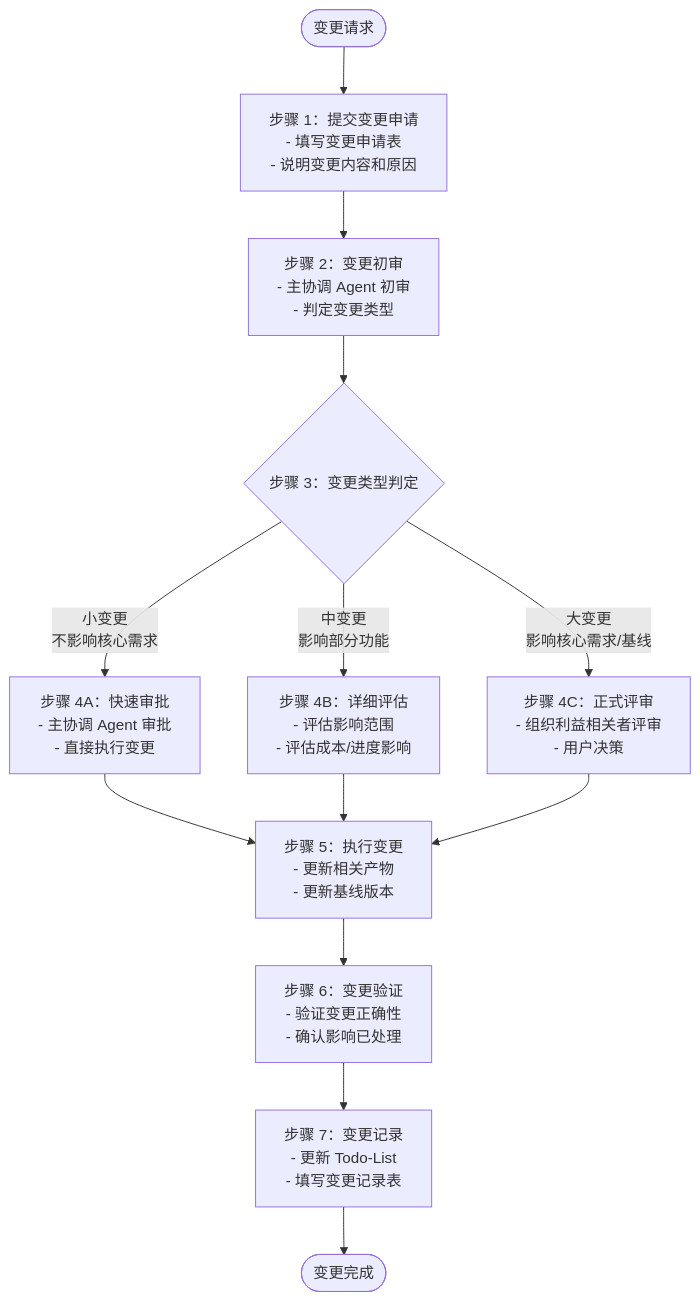
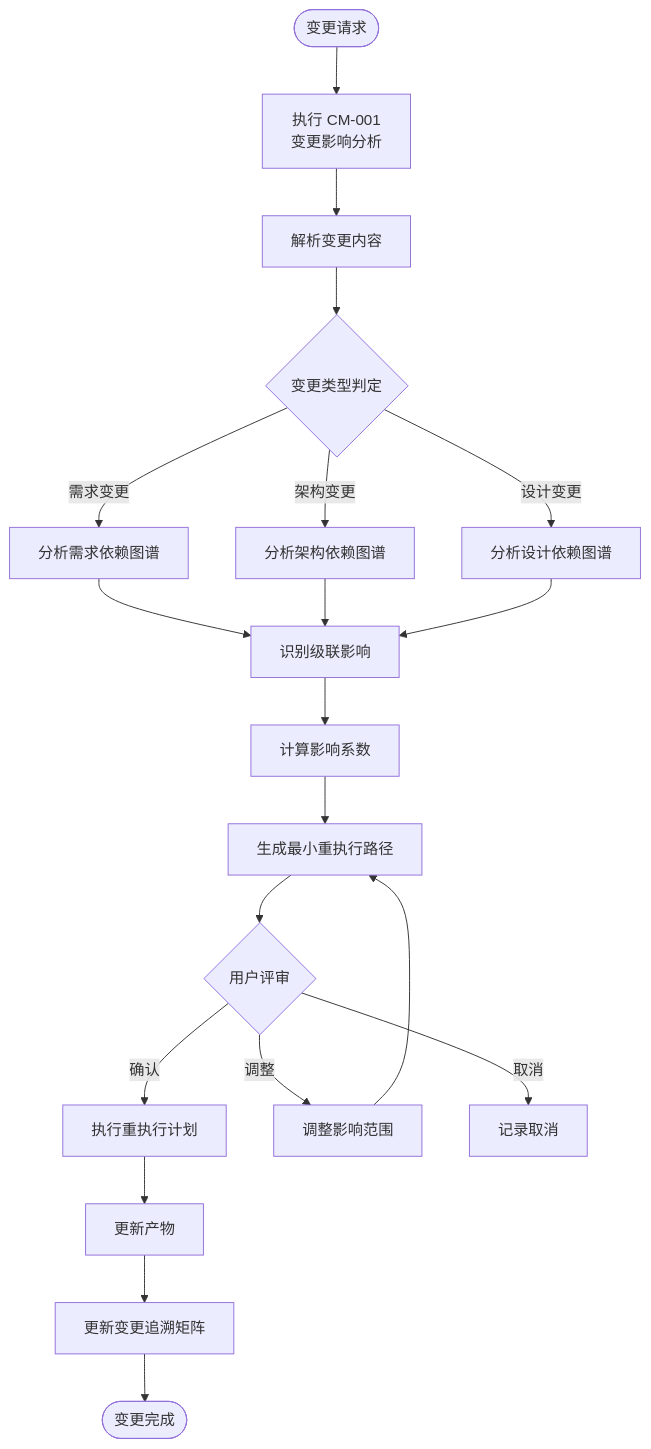
Before and after one commit to HeartFlying/swf: the ninth of 10 diagrams in WORKFLOW.md, drawn with Mermaid. The commit also changed other lines of this file and 89 other files, not shown here.

````diff
--- a/WORKFLOW.md
+++ b/WORKFLOW.md
@@ -642,24 +672,28 @@
 ```mermaid
 flowchart TD
-    Start([变更请求]) --> Step1[步骤 1：提交变更申请<br/>- 填写变更申请表<br/>- 说明变更内容和原因]
-    
-    Step1 --> Step2[步骤 2：变更初审<br/>- 主协调 Agent 初审<br/>- 判定变更类型]
-    
-    Step2 --> Step3{步骤 3：变更类型判定}
-    
-    Step3 -->|小变更<br/>不影响核心需求 | Step4A[步骤 4A：快速审批<br/>- 主协调 Agent 审批<br/>- 直接执行变更]
-    
-    Step3 -->|中变更<br/>影响部分功能 | Step4B[步骤 4B：详细评估<br/>- 评估影响范围<br/>- 评估成本/进度影响]
-    
-    Step3 -->|大变更<br/>影响核心需求/基线 | Step4C[步骤 4C：正式评审<br/>- 组织利益相关者评审<br/>- 用户决策]
-    
-    Step4A --> Step5[步骤 5：执行变更<br/>- 更新相关产物<br/>- 更新基线版本]
-    Step4B --> Step5
-    Step4C --> Step5
-    
-    Step5 --> Step6[步骤 6：变更验证<br/>- 验证变更正确性<br/>- 确认影响已处理]
-    
-    Step6 --> Step7[步骤 7：变更记录<br/>- 更新 Todo-List<br/>- 填写变更记录表]
-    
-    Step7 --> End([变更完成])
+    Start([变更请求]) --> CM001[执行 CM-001<br/>变更影响分析]
+
+    CM001 --> Parse[解析变更内容]
+    Parse --> Classify{变更类型判定}
+
+    Classify -->|需求变更| ReqDep[分析需求依赖图谱]
+    Classify -->|架构变更| ArchDep[分析架构依赖图谱]
+    Classify -->|设计变更| DesignDep[分析设计依赖图谱]
+
+    ReqDep --> Identify[识别级联影响]
+    ArchDep --> Identify
+    DesignDep --> Identify
+
+    Identify --> Calculate[计算影响系数]
+    Calculate --> Path[生成最小重执行路径]
+
+    Path --> Review{用户评审}
+    Review -->|确认| Execute[执行重执行计划]
+    Review -->|调整| Adjust[调整影响范围]
+    Review -->|取消| Cancel[记录取消]
+
+    Adjust --> Path
+    Execute --> Update[更新产物]
+    Update --> Matrix[更新变更追溯矩阵]
+    Matrix --> End([变更完成])
 ```
````
